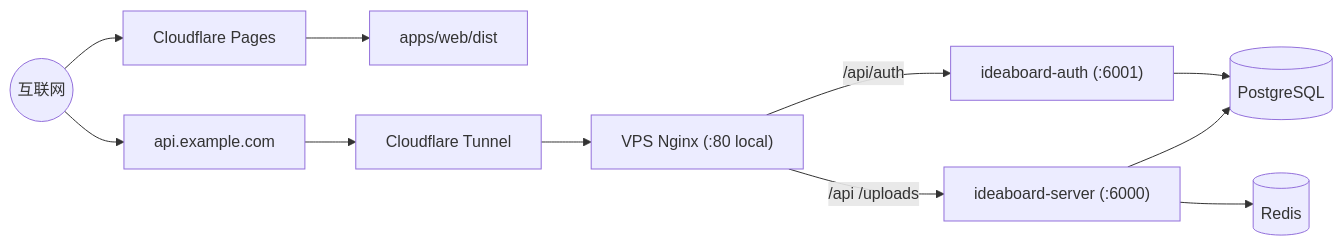
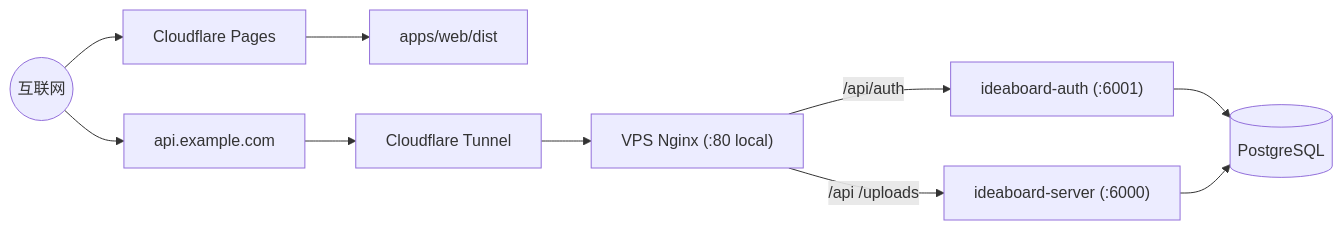
The third of 3 diagrams in DEPLOYMENT.md (Ericsunsk/IdeaBoard), drawn with Mermaid before and after one commit. The commit also changed other lines of this file and 57 other files, not shown here.

````diff
--- a/DEPLOYMENT.md
+++ b/DEPLOYMENT.md
@@ -88,13 +86,12 @@
 ```mermaid
 graph LR
     Internet((互联网)) --> Pages["Cloudflare Pages"]
     Pages --> Web["apps/web/dist"]
     Internet --> ApiDomain["api.example.com"]
     ApiDomain --> Tunnel["Cloudflare Tunnel"]
     Tunnel --> Nginx["VPS Nginx (:80 local)"]
     Nginx -- "/api/auth" --> Auth["ideaboard-auth (:6001)"]
     Nginx -- "/api /uploads" --> Server["ideaboard-server (:6000)"]
     Auth --> Postgres[("PostgreSQL")]
     Server --> Postgres
-    Server --> Redis[("Redis")]
 ```
````
